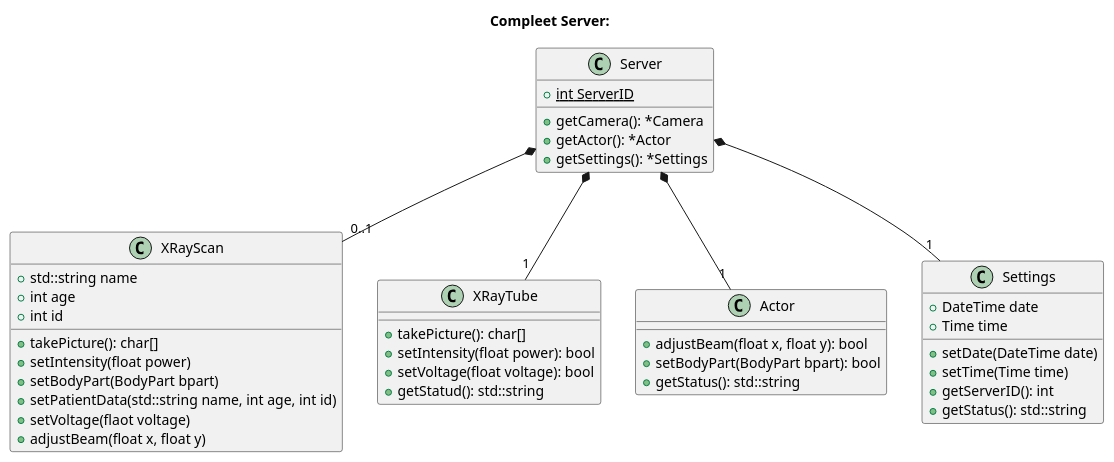
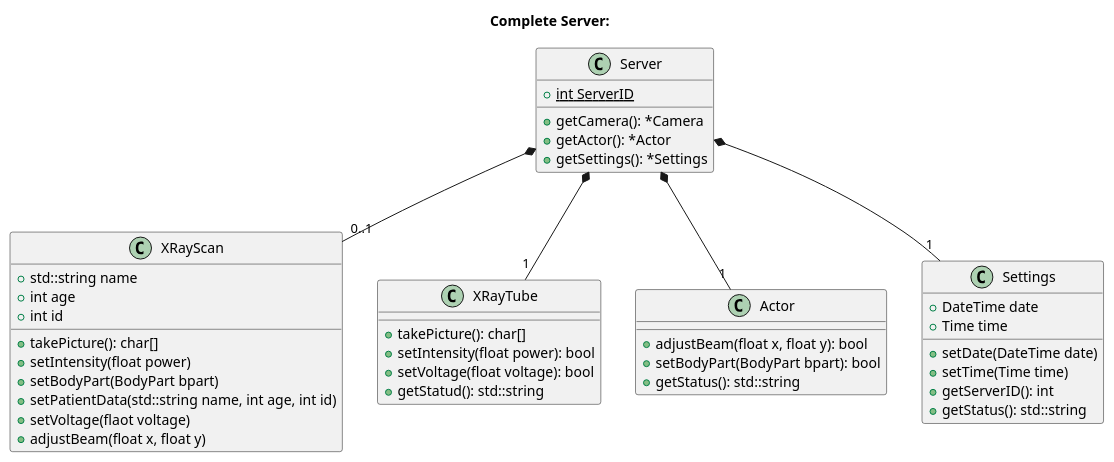
Before and after one commit to a-kuntz/JsonRPC: the third of 3 diagrams in workshop/doc/system.md, drawn with PlantUML. The commit also changed 15 other files, not shown here.

````diff
--- a/workshop/doc/system.md
+++ b/workshop/doc/system.md
@@ -104,46 +104,46 @@
 ```puml
 @startuml
-title "Compleet Server:"
+title "Complete Server:"
 class Server{
     + {static} int ServerID
     +getCamera(): *Camera
     +getActor(): *Actor
     +getSettings(): *Settings
 }
 class XRayScan{
     +std::string name
     +int age
     +int id
     +takePicture(): char[]
     +setIntensity(float power)
     +setBodyPart(BodyPart bpart)
     +setPatientData(std::string name, int age, int id)
     +setVoltage(flaot voltage)
     +adjustBeam(float x, float y)
     }
 class XRayTube{
     +takePicture(): char[]
     +setIntensity(float power): bool
     +setVoltage(float voltage): bool
     +getStatud(): std::string
 }
 class Actor{
     +adjustBeam(float x, float y): bool
     +setBodyPart(BodyPart bpart): bool
     +getStatus(): std::string
 
 }
 Server *-- "1" XRayTube
 Server *-- "1" Actor
 Server *-- "0..1" XRayScan
 class Settings{
     +DateTime date
     +Time time
     +setDate(DateTime date)
     +setTime(Time time)
     +getServerID(): int
     +getStatus(): std::string
 }
 Server *-- "1" Settings
 @enduml
 ```
````
